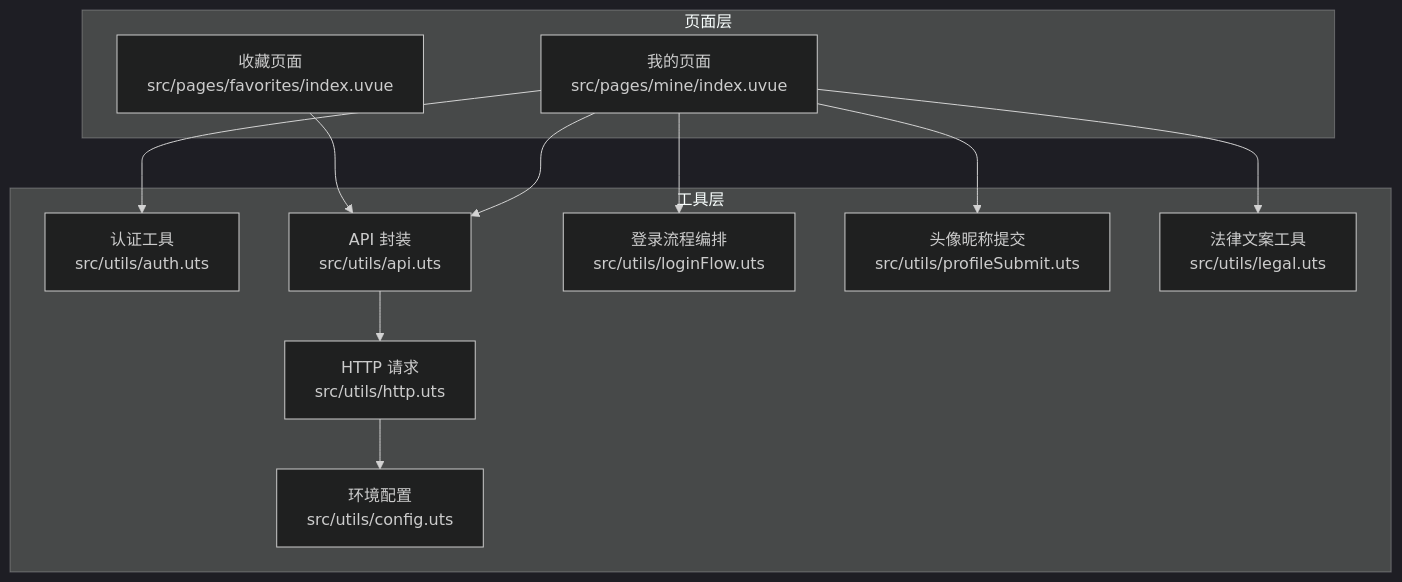
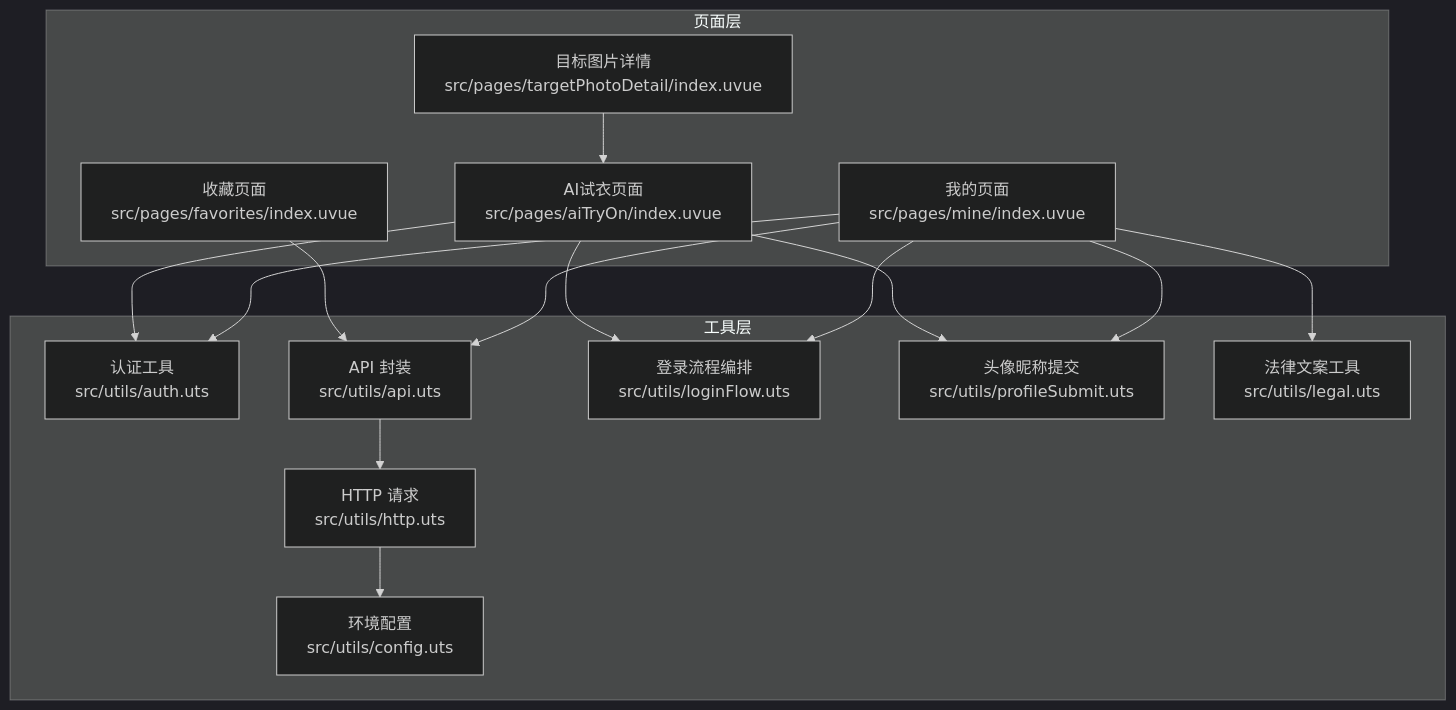
Before and after one commit to crazyma99/blueberry: the first of 10 diagrams in .qoder/repowiki/zh/content/核心功能模块/用户认证系统.md, drawn with Mermaid (dark theme). The commit also changed other lines of this file and 7 other files, not shown here.

````diff
--- a/.qoder/repowiki/zh/content/核心功能模块/用户认证系统.md
+++ b/.qoder/repowiki/zh/content/核心功能模块/用户认证系统.md
@@ -38,24 +49,30 @@
 ```mermaid
 graph TB
 subgraph "页面层"
 Mine["我的页面<br/>src/pages/mine/index.uvue"]
 Favorites["收藏页面<br/>src/pages/favorites/index.uvue"]
+AiTryOn["AI试衣页面<br/>src/pages/aiTryOn/index.uvue"]
+TargetPhoto["目标图片详情<br/>src/pages/targetPhotoDetail/index.uvue"]
 end
 subgraph "工具层"
 Auth["认证工具<br/>src/utils/auth.uts"]
 Api["API 封装<br/>src/utils/api.uts"]
 Http["HTTP 请求<br/>src/utils/http.uts"]
 LoginFlow["登录流程编排<br/>src/utils/loginFlow.uts"]
 ProfileSubmit["头像昵称提交<br/>src/utils/profileSubmit.uts"]
 Legal["法律文案工具<br/>src/utils/legal.uts"]
 Config["环境配置<br/>src/utils/config.uts"]
 end
 Mine --> Auth
 Mine --> Api
 Mine --> LoginFlow
 Mine --> ProfileSubmit
 Mine --> Legal
+AiTryOn --> LoginFlow
+AiTryOn --> ProfileSubmit
+AiTryOn --> Auth
+TargetPhoto --> AiTryOn
 Favorites --> Api
 Api --> Http
 Http --> Config
 ```
````
